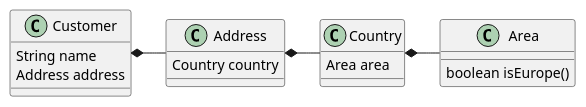
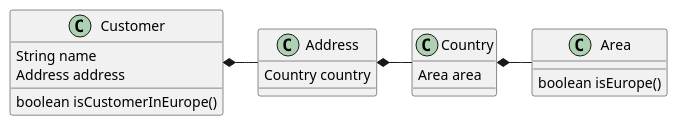
One commit to rony76/martin-fowler-example changed the diagram in src/main/resources/Customer.puml. Above: the diagram before and after it, drawn with PlantUML. The commit also changed 1 other file, not shown here.

```diff
--- a/src/main/resources/Customer.puml
+++ b/src/main/resources/Customer.puml
@@ -1,24 +1,26 @@
 @startuml
 
 Customer *- Address
 Address *- Country
 Country *- Area
 
 class Customer {
     String name
     Address address
+
+    boolean isCustomerInEurope()
 }
 
 class Address {
     Country country
 }
 
 class Country {
     Area area
 }
 
 class Area {
     boolean isEurope()
 }
 
 @enduml
```
